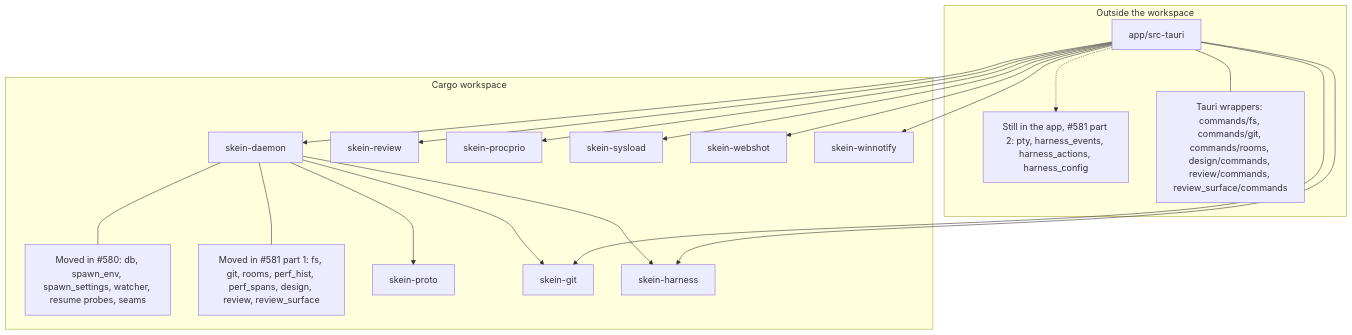
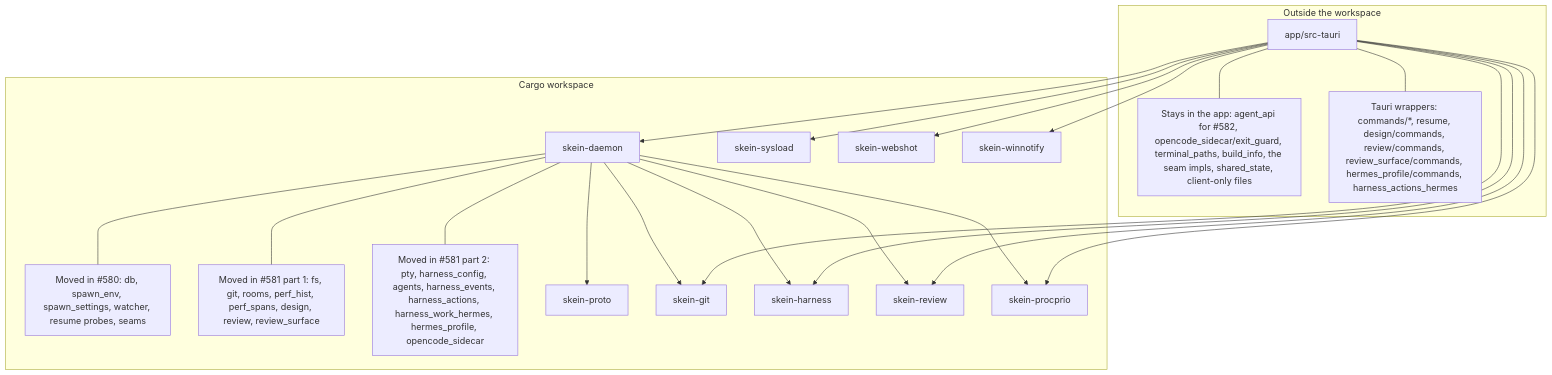
Before and after one commit to timeloop-vault/skein: the diagram in docs/skeind-crates.md, drawn with Mermaid. The commit also changed other lines of this file and 150 other files, not shown here.

First line of the commit message:
refactor(#581): move the pty and harness engines into skein-daemon (#724)

````diff
--- a/docs/skeind-crates.md
+++ b/docs/skeind-crates.md
@@ -16,36 +16,40 @@
 ```mermaid
 flowchart TD
     subgraph OUT["Outside the workspace"]
         APP["app/src-tauri"]
-        PART2["Still in the app, #581 part 2: pty, harness_events, harness_actions, harness_config"]
-        WRAP["Tauri wrappers: commands/fs, commands/git, commands/rooms, design/commands, review/commands, review_surface/commands"]
+        STAYS["Stays in the app: agent_api for #582, opencode_sidecar/exit_guard, terminal_paths, build_info, the seam impls, shared_state, client-only files"]
+        WRAP["Tauri wrappers: commands/*, resume, design/commands, review/commands, review_surface/commands, hermes_profile/commands, harness_actions_hermes"]
     end
     subgraph WS["Cargo workspace"]
         DAEMON["skein-daemon"]
         MOVED1["Moved in #580: db, spawn_env, spawn_settings, watcher, resume probes, seams"]
         MOVED2["Moved in #581 part 1: fs, git, rooms, perf_hist, perf_spans, design, review, review_surface"]
+        MOVED3["Moved in #581 part 2: pty, harness_config, agents, harness_events, harness_actions, harness_work_hermes, hermes_profile, opencode_sidecar"]
         PROTO["skein-proto"]
         GIT["skein-git"]
         HARNESS["skein-harness"]
         REVIEW["skein-review"]
         PROCPRIO["skein-procprio"]
         SYSLOAD["skein-sysload"]
         WEBSHOT["skein-webshot"]
         WINNOTIFY["skein-winnotify"]
     end
     APP --> DAEMON
     APP --> GIT
     APP --> HARNESS
     APP --> REVIEW
     APP --> PROCPRIO
     APP --> SYSLOAD
     APP --> WEBSHOT
     APP --> WINNOTIFY
     DAEMON --> PROTO
     DAEMON --> HARNESS
     DAEMON --> GIT
+    DAEMON --> REVIEW
+    DAEMON --> PROCPRIO
     DAEMON --- MOVED1
     DAEMON --- MOVED2
+    DAEMON --- MOVED3
     APP --- WRAP
-    APP -.-> PART2
+    APP --- STAYS
 ```
````
